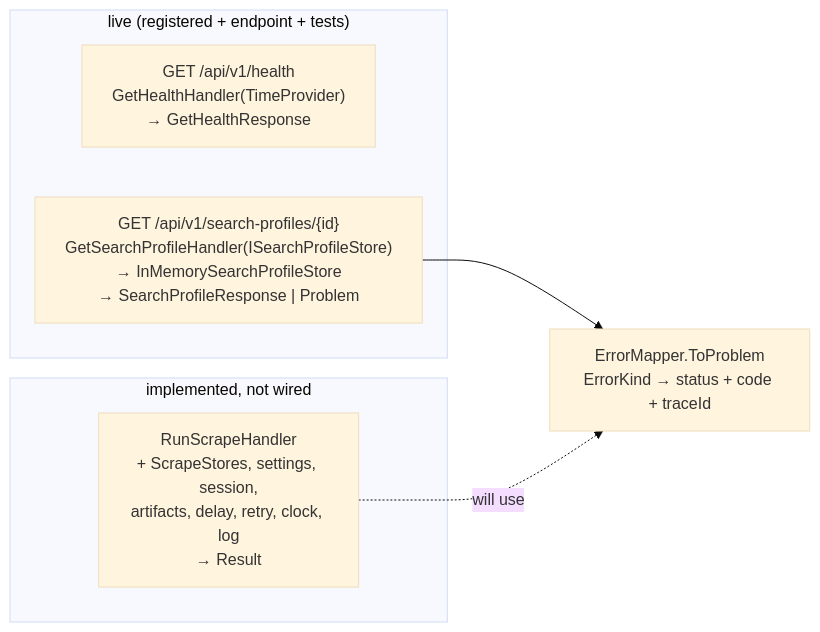
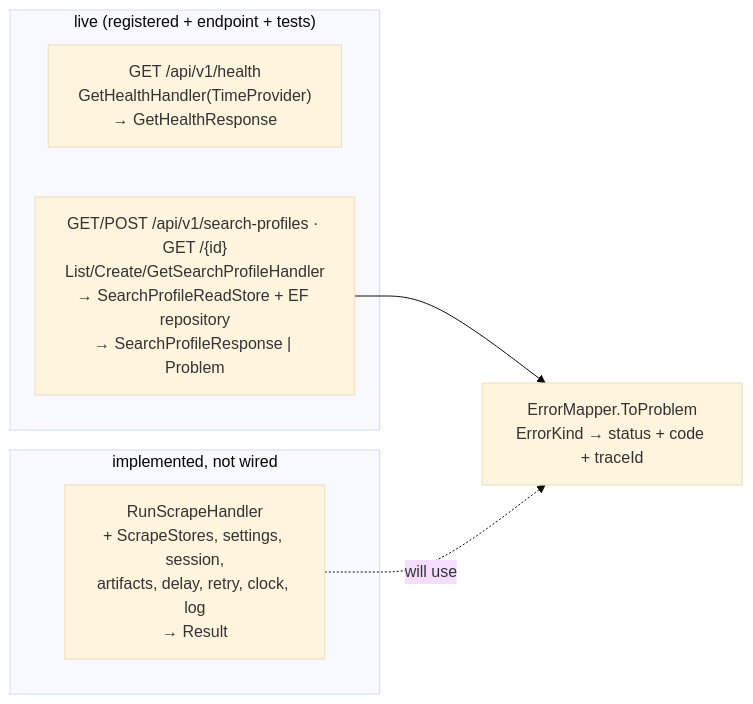
The fifth of 10 diagrams in docs/02-architecture.md (AslamNazeerShaikh/PlaywrightDotNet), drawn with Mermaid (base theme) before and after one commit. The commit also changed other lines of this file and 36 other files, not shown here.

First line of the commit message:
feat(profiles): create and list persisted search profiles in the cockpit

````diff
--- a/docs/02-architecture.md
+++ b/docs/02-architecture.md
@@ -198,12 +199,12 @@
 ```mermaid
 flowchart LR
     subgraph LIVE["live (registered + endpoint + tests)"]
         H1["GET /api/v1/health<br/>GetHealthHandler(TimeProvider)<br/>→ GetHealthResponse"]
-        H2["GET /api/v1/search-profiles/{id}<br/>GetSearchProfileHandler(ISearchProfileStore)<br/>→ InMemorySearchProfileStore<br/>→ SearchProfileResponse | Problem"]
+        H2["GET/POST /api/v1/search-profiles · GET /{id}<br/>List/Create/GetSearchProfileHandler<br/>→ SearchProfileReadStore + EF repository<br/>→ SearchProfileResponse | Problem"]
     end
     subgraph CODE["implemented, not wired"]
         H3["RunScrapeHandler<br/>+ ScrapeStores, settings, session,<br/>artifacts, delay, retry, clock, log<br/>→ Result<ScrapeRunSummary>"]
     end
     H2 --> ERR["ErrorMapper.ToProblem<br/>ErrorKind → status + code + traceId"]
     H3 -.->|will use| ERR
 ```
````
